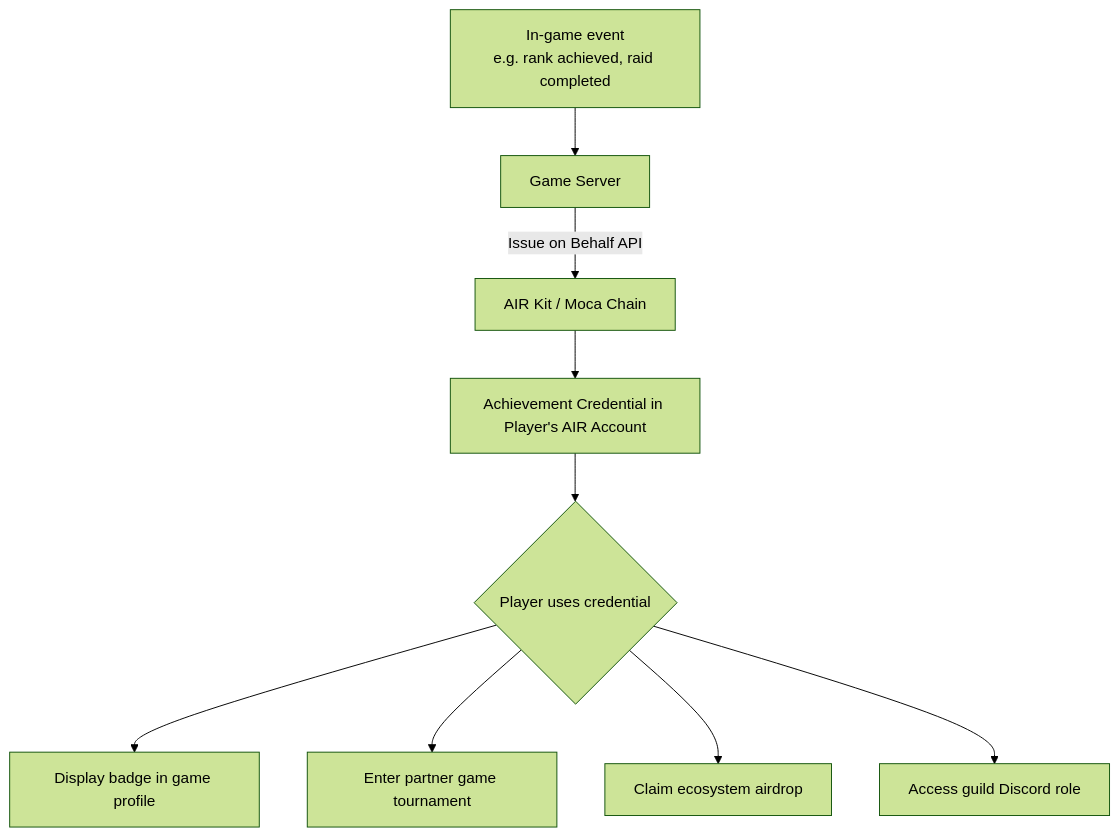
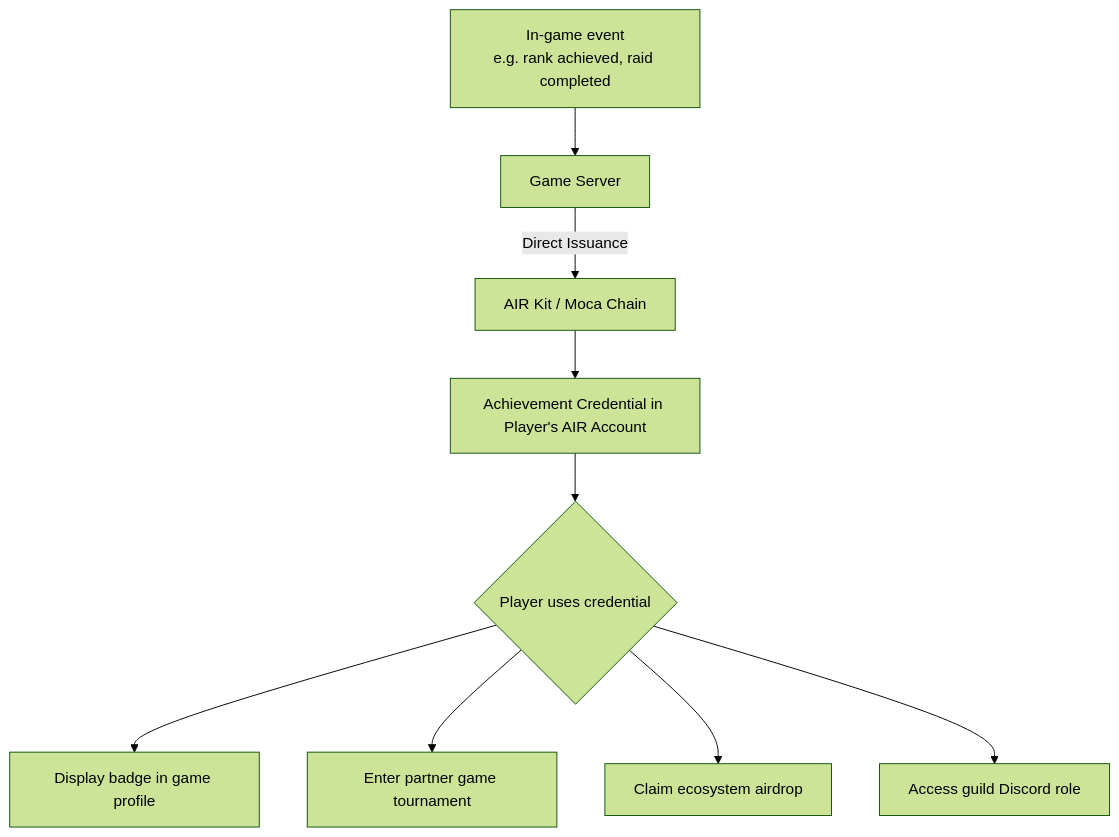
The diagram in airkit/guides/air-for-gaming.mdx (MocaNetwork/docs), drawn with Mermaid (forest theme) before and after one commit. The commit also changed other lines of this file and 41 other files, not shown here.

First line of the commit message:
Upgrade docs for signature-based, issuer-sovereign architecture (#22)

````diff
--- a/airkit/guides/air-for-gaming.mdx
+++ b/airkit/guides/air-for-gaming.mdx
@@ -19,12 +19,12 @@
 ```mermaid
 graph TD
     A["In-game event\ne.g. rank achieved, raid completed"] --> B[Game Server]
-    B -->|Issue on Behalf API| C[AIR Kit / Moca Chain]
+    B -->|Direct Issuance| C[AIR Kit / Moca Chain]
     C --> D[Achievement Credential in Player's AIR Account]
 
     D --> E{Player uses credential}
     E --> F[Display badge in game profile]
     E --> G[Enter partner game tournament]
     E --> H[Claim ecosystem airdrop]
     E --> I[Access guild Discord role]
 ```
````
